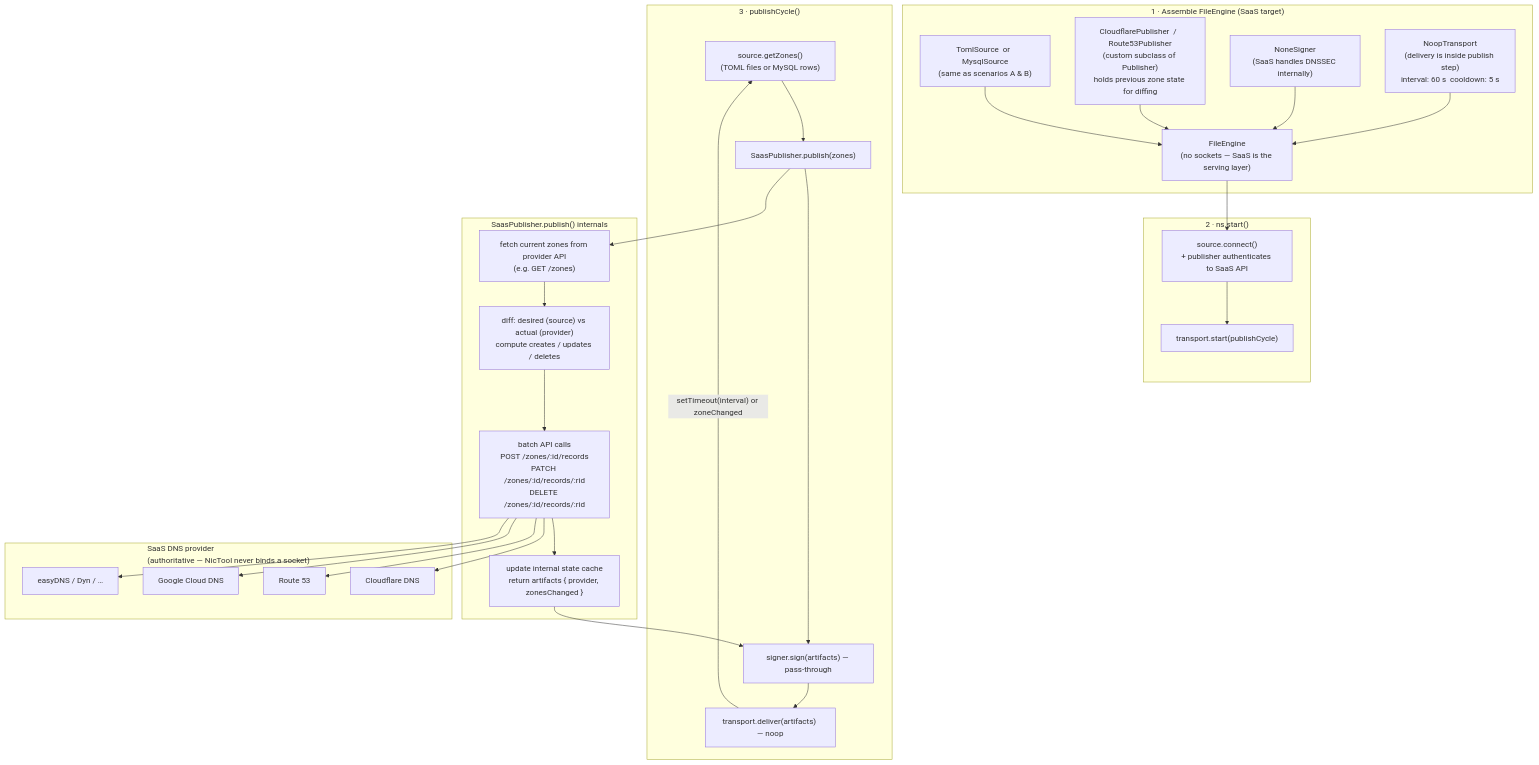
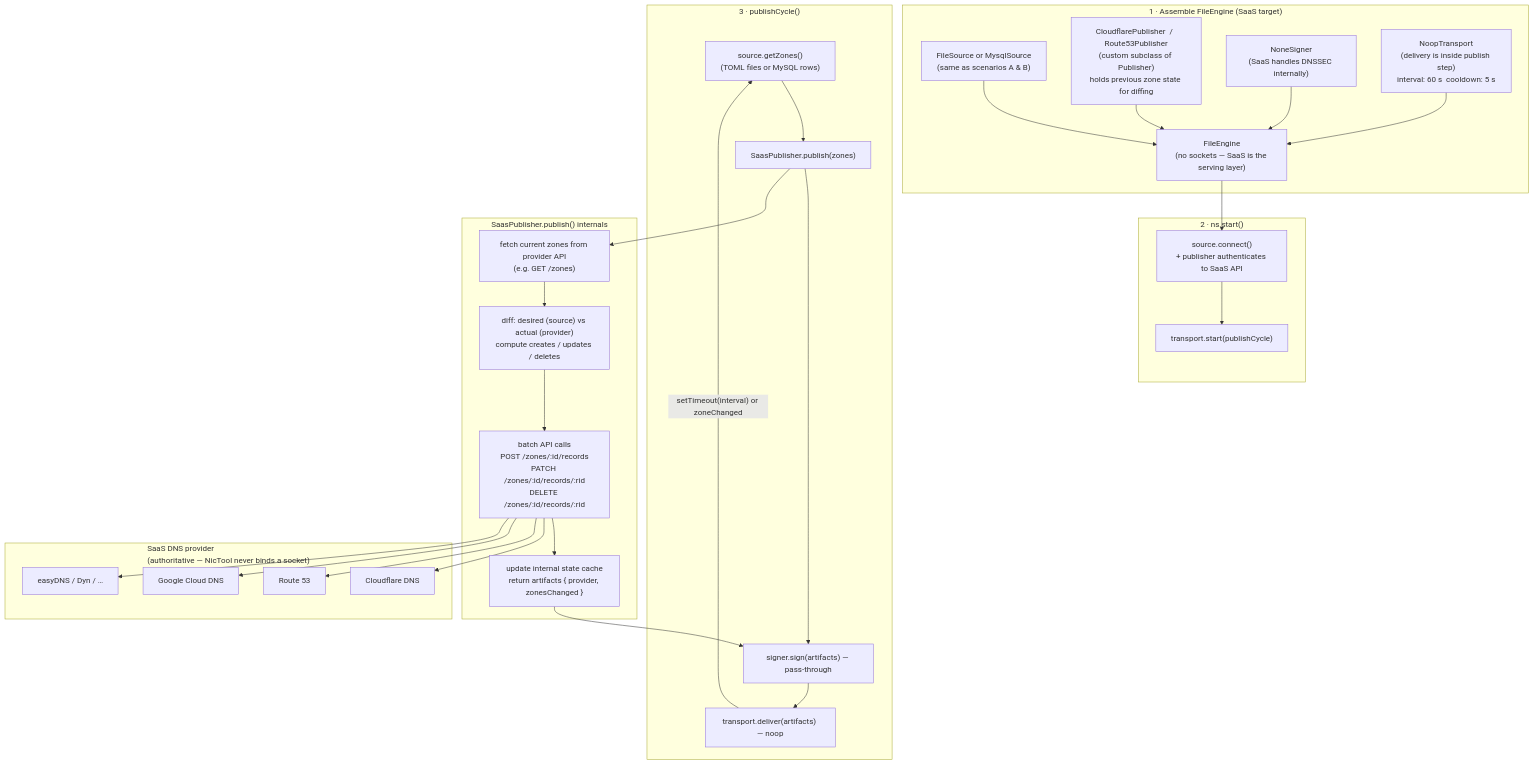
One commit to NicTool/dns-nameserver changed the third of 3 diagrams in FLOWCHARTS.md. Above: the diagram before and after it, drawn with Mermaid. The commit also changed other lines of this file and 30 other files, not shown here.

````diff
--- a/FLOWCHARTS.md
+++ b/FLOWCHARTS.md
@@ -142,46 +142,46 @@
 ```mermaid
 flowchart TD
     subgraph ASSEMBLE["1 · Assemble FileEngine (SaaS target)"]
-        src["TomlSource  or  MysqlSource\n(same as scenarios A & B)"]
+        src["FileSource  or  MysqlSource\n(same as scenarios A & B)"]
         pub["CloudflarePublisher  /  Route53Publisher\n(custom subclass of Publisher)\nholds previous zone state for diffing"]
         sig["NoneSigner\n(SaaS handles DNSSEC internally)"]
         trn["NoopTransport\n(delivery is inside publish step)\ninterval: 60 s  cooldown: 5 s"]
         ns["FileEngine\n(no sockets — SaaS is the serving layer)"]
         src & pub & sig & trn --> ns
     end
 
     subgraph START["2 · ns.start()"]
         sc["source.connect()\n+ publisher authenticates to SaaS API"]
         ts["transport.start(publishCycle)"]
         sc --> ts
     end
 
     subgraph CYCLE["3 · publishCycle()"]
         gz["source.getZones()\n(TOML files or MySQL rows)"]
         pp["SaasPublisher.publish(zones)"]
         ss["signer.sign(artifacts) — pass-through"]
         td["transport.deliver(artifacts) — noop"]
         gz --> pp --> ss --> td
         td -->|"setTimeout(interval) or zoneChanged"| gz
     end
 
     subgraph SAASPUB["SaasPublisher.publish() internals"]
         fetch["fetch current zones from provider API\n(e.g. GET /zones)"]
         diff["diff: desired (source) vs actual (provider)\ncompute creates / updates / deletes"]
         batch["batch API calls\nPOST /zones/:id/records\nPATCH /zones/:id/records/:rid\nDELETE /zones/:id/records/:rid"]
         cache["update internal state cache\nreturn artifacts { provider, zonesChanged }"]
         fetch --> diff --> batch --> cache
     end
 
     subgraph PROVIDERS["SaaS DNS provider\n(authoritative — NicTool never binds a socket)"]
         cf["Cloudflare DNS"]
         r53["Route 53"]
         gcd["Google Cloud DNS"]
         edns["easyDNS / Dyn / …"]
     end
 
     ns --> sc
     pp --> fetch
     cache --> ss
     batch --> cf & r53 & gcd & edns
 ```
````
